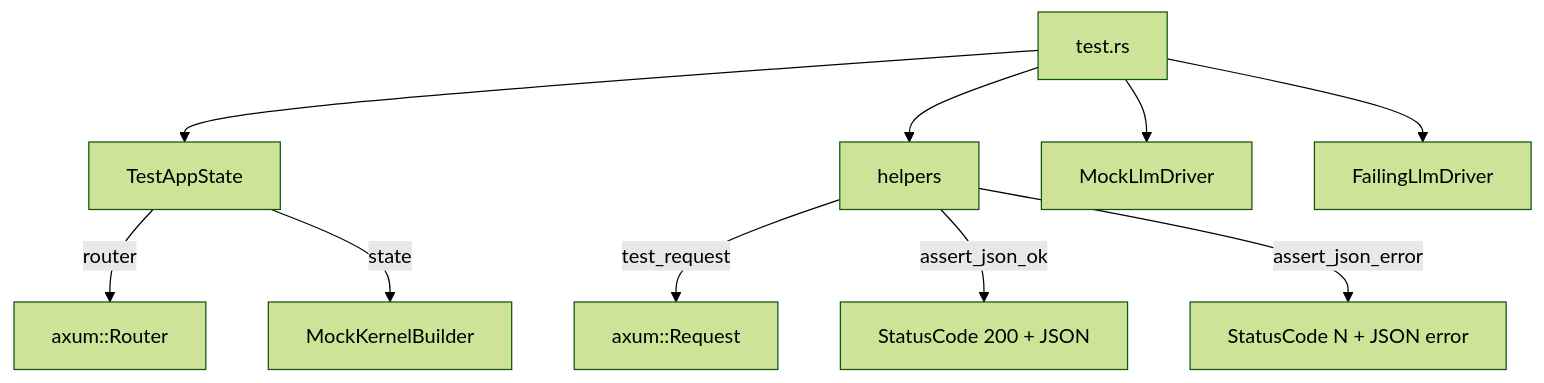
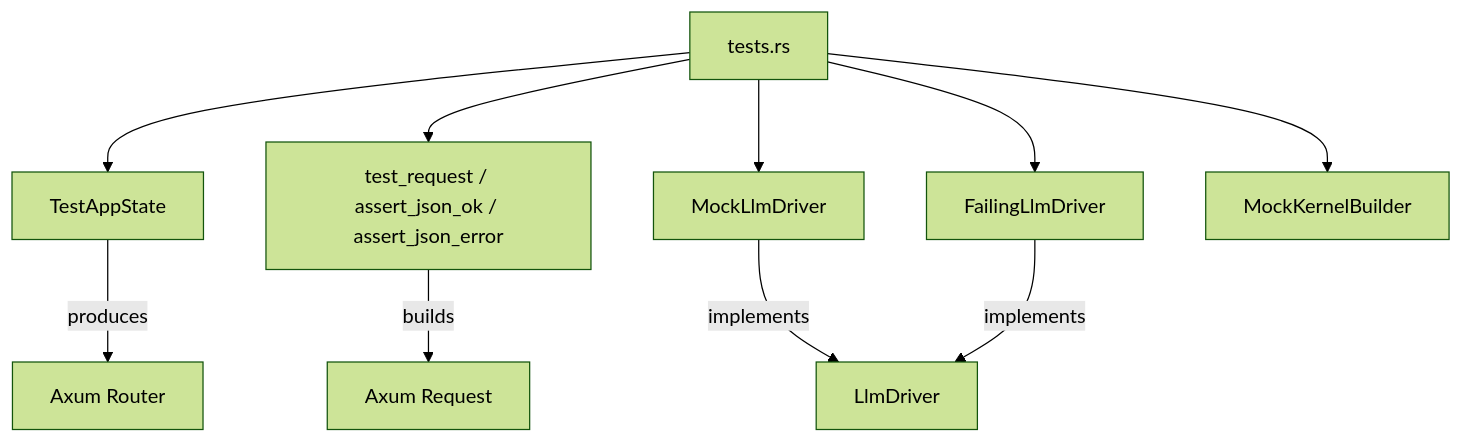
One commit to leszek3737/librefang-WIki changed the diagram in other-librefang-testing-src.md. Above: the diagram before and after it, drawn with Mermaid (forest theme). The commit also changed other lines of this file and 126 other files, not shown here.

````diff
--- a/other-librefang-testing-src.md
+++ b/other-librefang-testing-src.md
@@ -18,12 +15,12 @@
 ```mermaid
 graph TD
-    T[test.rs] --> TA[TestAppState]
-    TA -->|router| AX[axum::Router]
-    TA -->|state| MK[MockKernelBuilder]
-    T --> H[helpers]
-    H -->|test_request| REQ[axum::Request]
-    H -->|assert_json_ok| OK[StatusCode 200 + JSON]
-    H -->|assert_json_error| ERR[StatusCode N + JSON error]
-    T --> MD[MockLlmDriver]
-    T --> FD[FailingLlmDriver]
+    tests[tests.rs] --> TestAppState
+    tests --> helpers[test_request / assert_json_ok / assert_json_error]
+    tests --> MockLlmDriver
+    tests --> FailingLlmDriver
+    tests --> MockKernelBuilder
+    TestAppState -->|produces| router[Axum Router]
+    helpers -->|builds| axum_req[Axum Request]
+    MockLlmDriver -->|implements| LlmDriver
+    FailingLlmDriver -->|implements| LlmDriver
 ```
````
